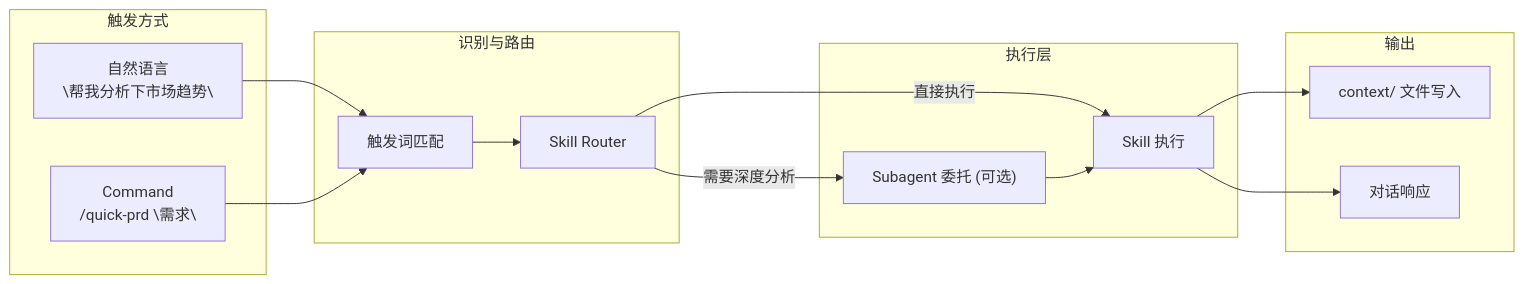
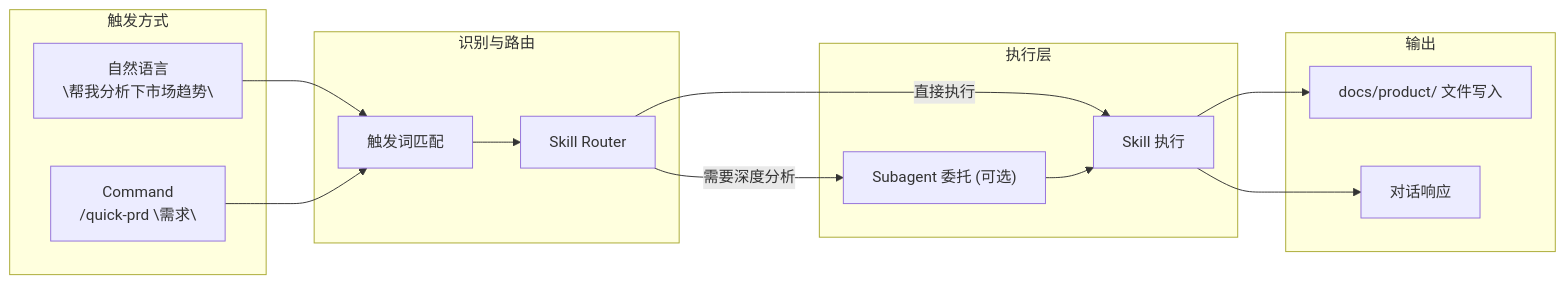
Before and after one commit to kelegele/oh-my-pm: the sixth of 9 diagrams in docs/architecture/workflow-architecture.md, drawn with Mermaid. The commit also changed other lines of this file and 50 other files, not shown here.

First line of the commit message:
refactor: move context/ to docs/product/ with .ompm/ for intermediate state

````diff
--- a/docs/architecture/workflow-architecture.md
+++ b/docs/architecture/workflow-architecture.md
@@ -207,31 +207,31 @@
 ```mermaid
 graph LR
     subgraph "触发方式"
         NL["自然语言\n\"帮我分析下市场趋势\""]
         CMD["Command\n/quick-prd \"需求\""]
     end
 
     subgraph "识别与路由"
         TRIGGER["触发词匹配"]
         ROUTER["Skill Router"]
     end
 
     subgraph "执行层"
         SKILL["Skill 执行"]
         SUBAGENT["Subagent 委托 (可选)"]
     end
 
     subgraph "输出"
-        CTX["context/ 文件写入"]
+        CTX["docs/product/ 文件写入"]
         RESP["对话响应"]
     end
 
     NL --> TRIGGER
     CMD --> TRIGGER
     TRIGGER --> ROUTER
     ROUTER -->|"需要深度分析"| SUBAGENT
     ROUTER -->|"直接执行"| SKILL
     SUBAGENT --> SKILL
     SKILL --> CTX
     SKILL --> RESP
 ```
````
